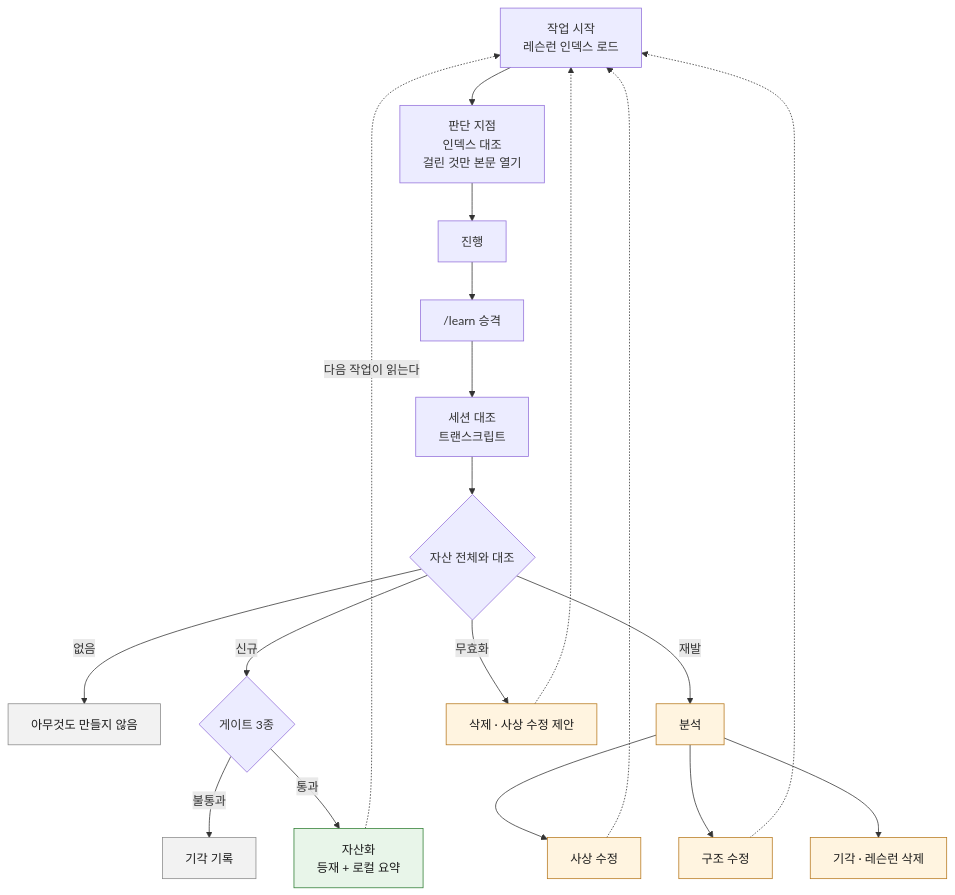
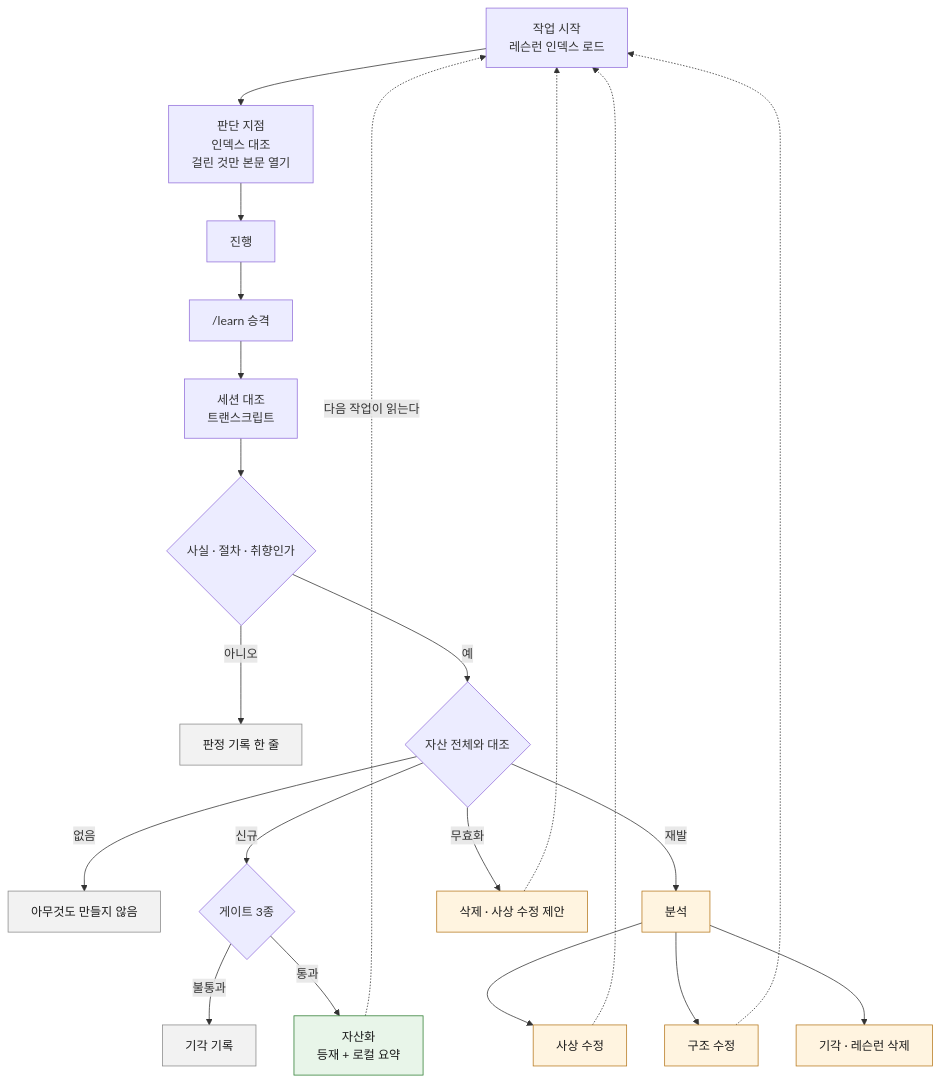
One commit to idean3885/claude-ops-agent changed the diagram in docs/lessons.md. Above: the diagram before and after it, drawn with Mermaid. The commit also changed other lines of this file and 6 other files, not shown here.

````diff
--- a/docs/lessons.md
+++ b/docs/lessons.md
@@ -39,29 +39,31 @@
 ```mermaid
 flowchart TB
   S["작업 시작<br/>레슨런 인덱스 로드"] --> D["판단 지점<br/>인덱스 대조<br/>걸린 것만 본문 열기"]
   D --> W["진행"]
   W --> L["/learn 승격"]
   L --> SC["세션 대조<br/>트랜스크립트"]
-  SC --> M{"자산 전체와 대조"}
+  SC --> Q{"사실 · 절차 · 취향인가"}
+  Q -->|"아니오"| J["판정 기록 한 줄"]
+  Q -->|"예"| M{"자산 전체와 대조"}
   M -->|"없음"| N["아무것도 만들지 않음"]
   M -->|"신규"| GATE{"게이트 3종"}
   M -->|"재발"| R["분석"]
   M -->|"무효화"| V["삭제 · 사상 수정 제안"]
   GATE -->|"불통과"| RJ["기각 기록"]
   GATE -->|"통과"| A["자산화<br/>등재 + 로컬 요약"]
   R --> R1["사상 수정"]
   R --> R2["구조 수정"]
   R --> R3["기각 · 레슨런 삭제"]
   A -.->|"다음 작업이 읽는다"| S
   R1 -.-> S
   R2 -.-> S
   V -.-> S
 
   classDef skip fill:#f2f2f2,stroke:#8a8a8a,color:#1a1a1a
   classDef act fill:#e8f5e9,stroke:#2e7d32,color:#1a1a1a
   classDef dig fill:#fff4e0,stroke:#b7791f,color:#1a1a1a
   classDef mach fill:#e6f0fb,stroke:#2b6cb0,color:#1a1a1a
-  class N,RJ skip
+  class N,RJ,J skip
   class A act
   class R,R1,R2,R3,V dig
 ```
````
